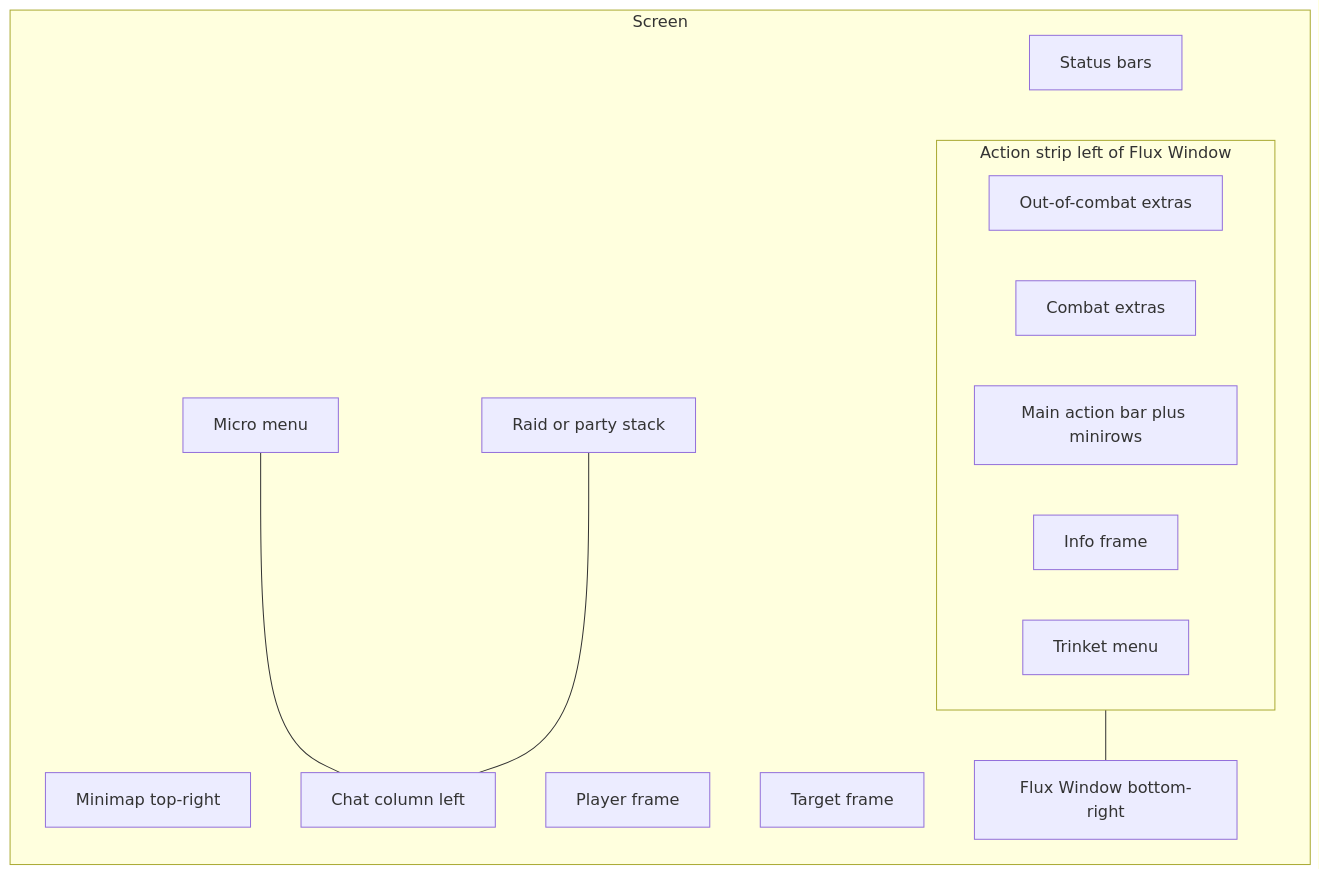
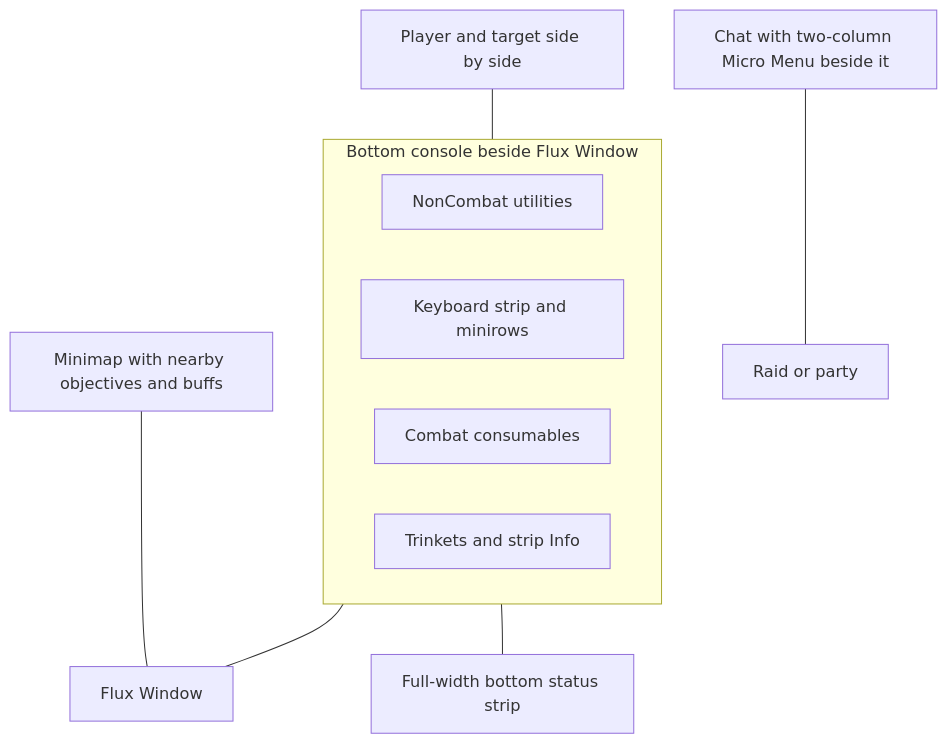
One commit to DoctorFlux/FluxUI changed the second of 2 diagrams in docs/06-layout.md. Above: the diagram before and after it, drawn with Mermaid. The commit also changed other lines of this file and 93 other files, not shown here.

````diff
--- a/docs/06-layout.md
+++ b/docs/06-layout.md
@@ -55,24 +63,20 @@
 ```mermaid
 flowchart TB
-  subgraph screen [Screen]
-    Mini[Minimap top-right]
-    ChatCol[Chat column left]
-    Micro[Micro menu]
-    Raid[Raid or party stack]
-    Player[Player frame]
-    Target[Target frame]
-    subgraph strip [Action strip left of Flux Window]
-      NC[Out-of-combat extras]
-      Combat[Combat extras]
-      MainBar[Main action bar plus minirows]
-      Info[Info frame]
-      Trinket[Trinket menu]
+    Mini[Minimap with nearby objectives and buffs]
+    Chat[Chat with two-column Micro Menu beside it]
+    Raid[Raid or party]
+    Units[Player and target side by side]
+    subgraph Console[Bottom console beside Flux Window]
+        NC[NonCombat utilities]
+        AB[Keyboard strip and minirows]
+        CG[Combat consumables]
+        TM[Trinkets and strip Info]
     end
-    FW[Flux Window bottom-right]
-    Status[Status bars]
-  end
-  Micro --- ChatCol
-  Raid --- ChatCol
-  strip --- FW
-  Status --- screen
+    Window[Flux Window]
+    Status[Full-width bottom status strip]
+    Chat --- Raid
+    Units --- Console
+    Console --- Window
+    Console --- Status
+    Mini --- Window
 ```
````
